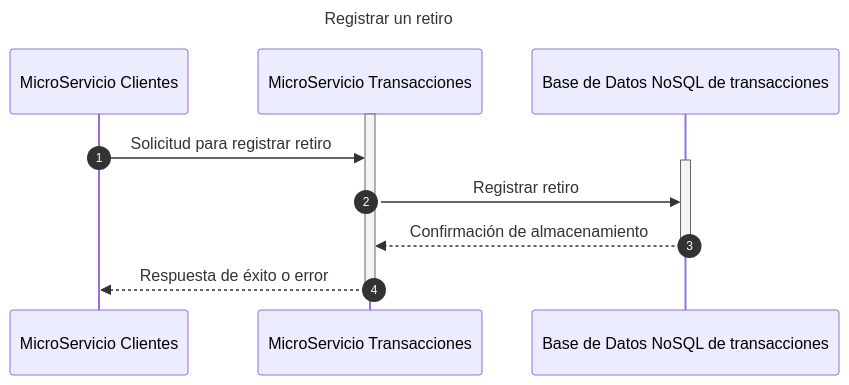
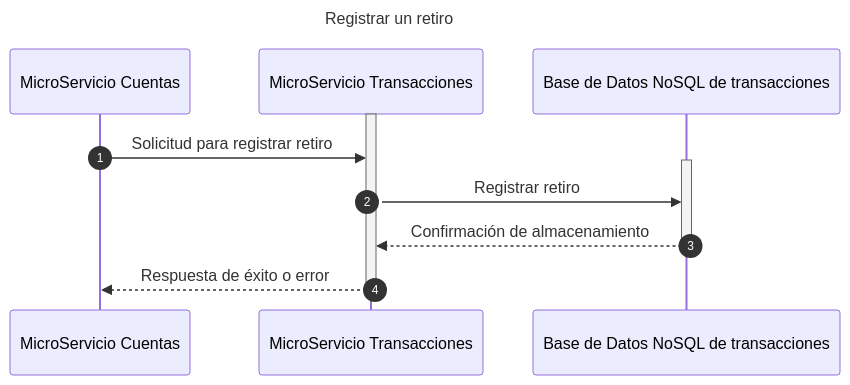
One commit to dannyverap/transactionms changed diagram 15 of 17 in Documentacion/DiagramaDeSecuencia.md. Above: the diagram before and after it, drawn with Mermaid. The commit also changed other lines of this file, not shown here.

````diff
--- a/Documentacion/DiagramaDeSecuencia.md
+++ b/Documentacion/DiagramaDeSecuencia.md
@@ -376,16 +376,16 @@
 ```mermaid
 sequenceDiagram
     title Registrar un retiro
     autonumber
-    participant MsCliente as MicroServicio Clientes
+    participant MsCuenta as MicroServicio Cuentas
     participant MsTransaction as MicroServicio Transacciones
     participant TransactionDb as Base de Datos NoSQL de transacciones
     activate MsTransaction
-    MsCliente ->> MsTransaction: Solicitud para registrar retiro
+    MsCuenta ->> MsTransaction: Solicitud para registrar retiro
     activate TransactionDb
     MsTransaction ->> TransactionDb: Registrar retiro
     TransactionDb -->> MsTransaction: Confirmación de almacenamiento
     deactivate TransactionDb
-    MsTransaction -->> MsCliente: Respuesta de éxito o error
+    MsTransaction -->> MsCuenta: Respuesta de éxito o error
     deactivate MsTransaction
 ```
````
